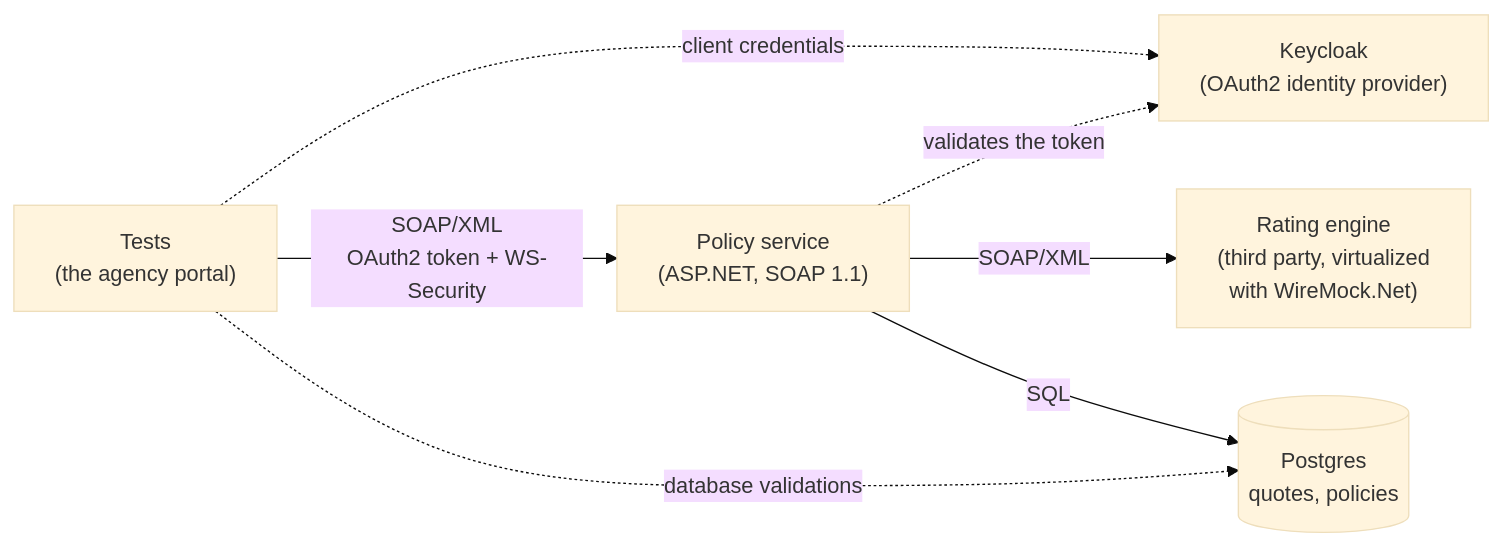
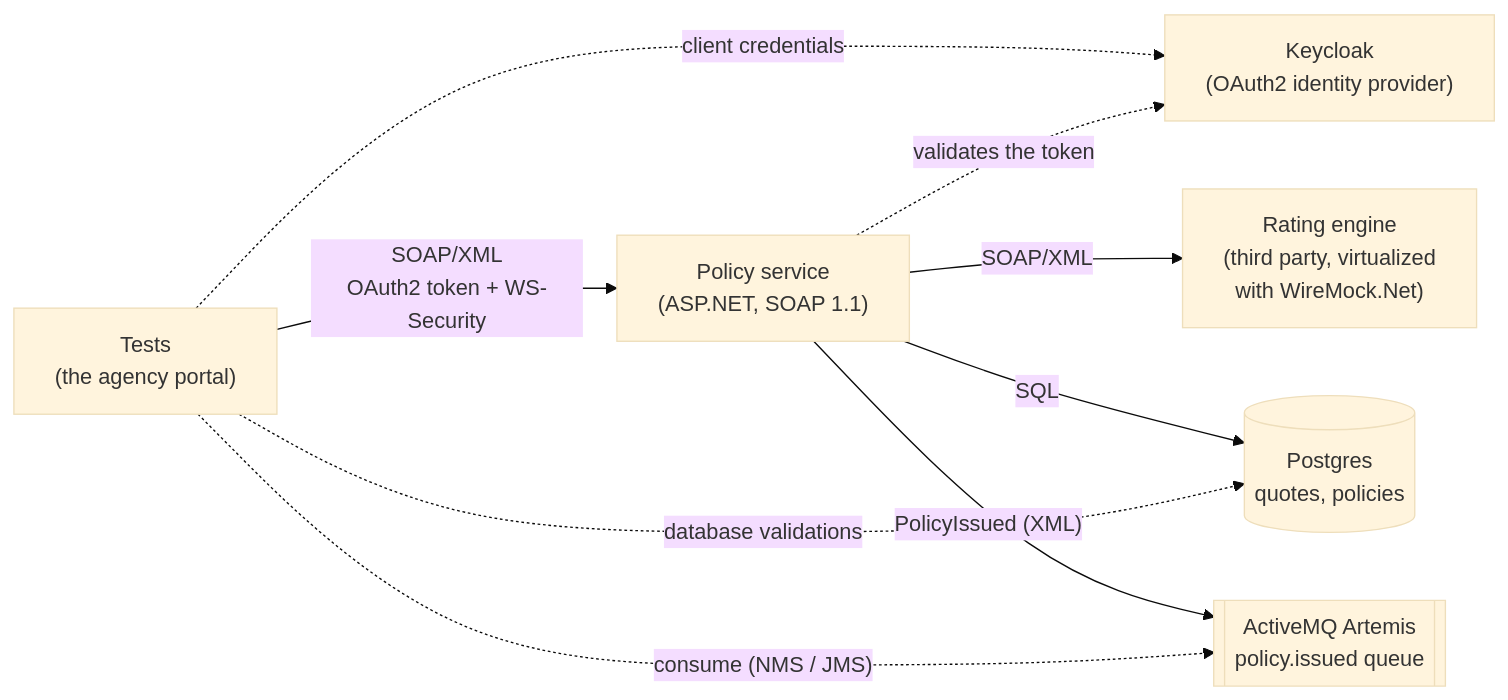
One commit to gillersja1/DevtestLike changed the first of 2 diagrams in README.md. Above: the diagram before and after it, drawn with Mermaid (base theme). The commit also changed other lines of this file and 8 other files, not shown here.

First line of the commit message:
Messaging: PolicyIssued events on ActiveMQ, consumed through NMS (JMS)

````diff
--- a/README.md
+++ b/README.md
@@ -40,9 +41,11 @@
 ```mermaid
 flowchart LR
     T["Tests<br/>(the agency portal)"] -- "SOAP/XML<br/>OAuth2 token + WS-Security" --> P["Policy service<br/>(ASP.NET, SOAP 1.1)"]
     T -. "client credentials" .-> K["Keycloak<br/>(OAuth2 identity provider)"]
     P -. "validates the token" .-> K
     P -- "SOAP/XML" --> R["Rating engine<br/>(third party, virtualized<br/>with WireMock.Net)"]
     P -- "SQL" --> D[("Postgres<br/>quotes, policies")]
+    P -- "PolicyIssued (XML)" --> Q[["ActiveMQ Artemis<br/>policy.issued queue"]]
+    T -. "consume (NMS / JMS)" .-> Q
     T -. "database validations" .-> D
 ```
````
